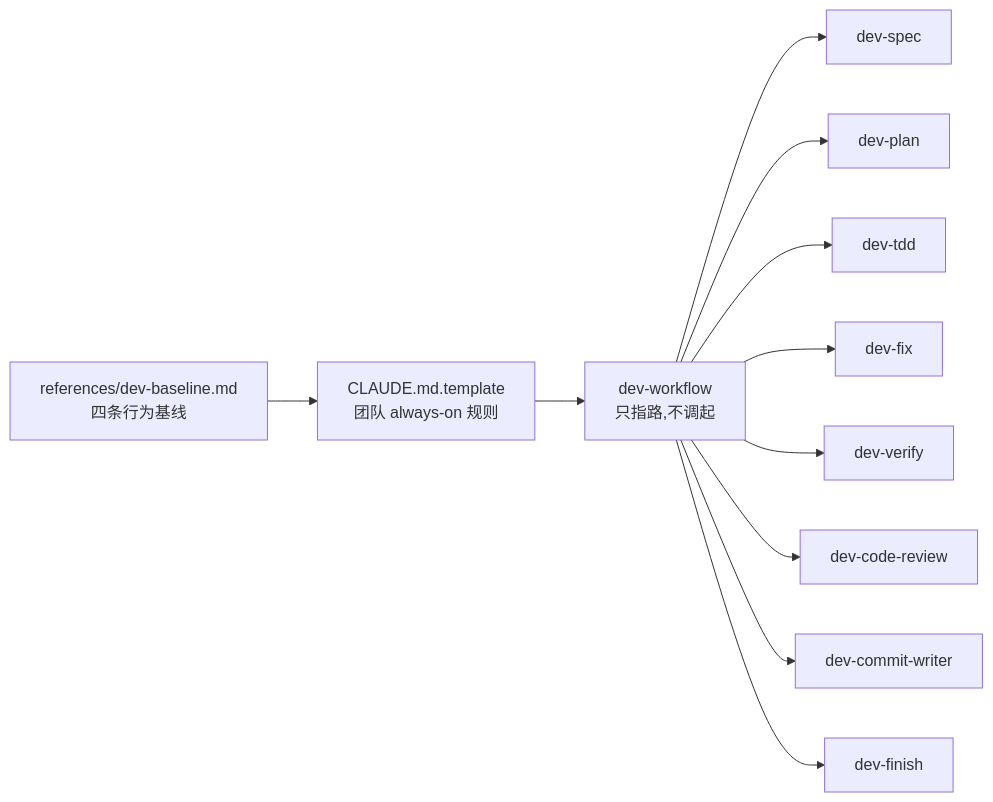
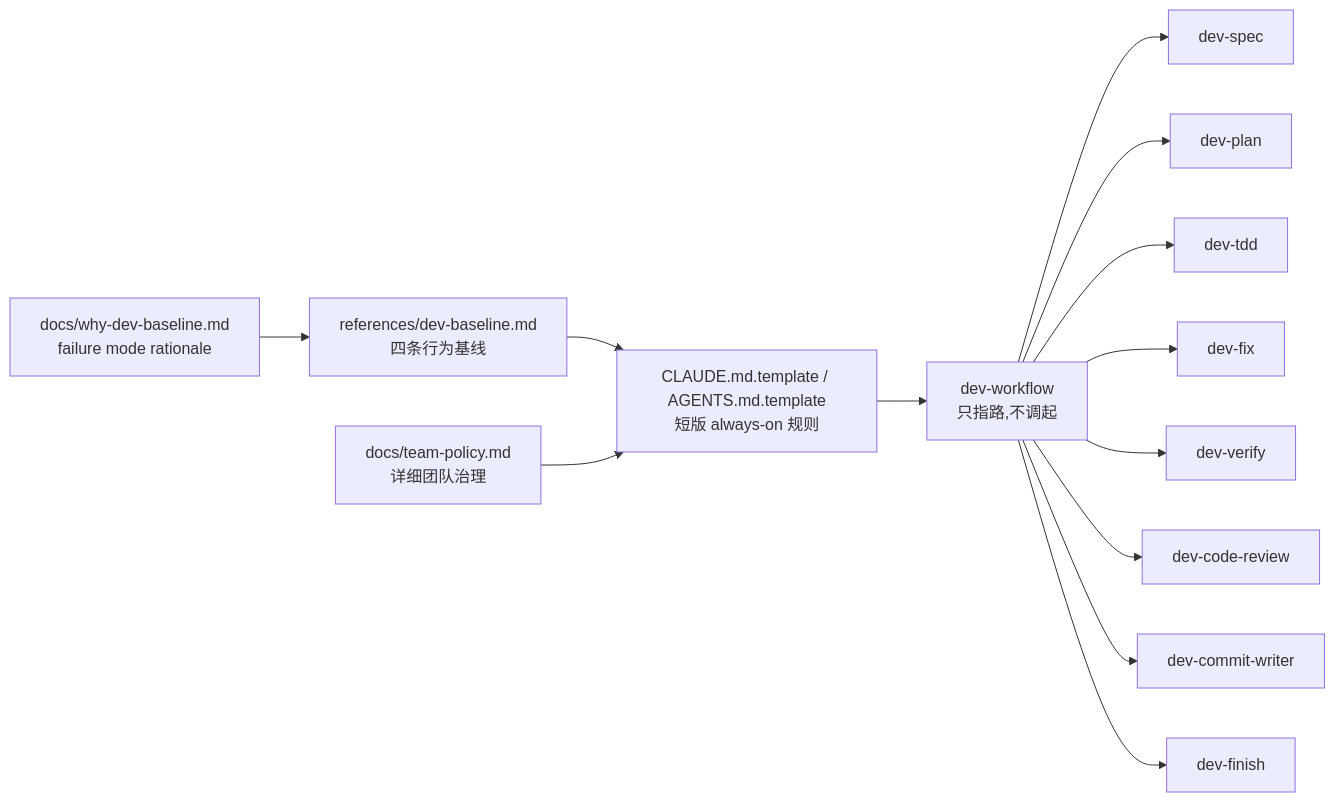
One commit to Jason-chen-coder/dev-skills changed the first of 2 diagrams in README.md. Above: the diagram before and after it, drawn with Mermaid. The commit also changed other lines of this file and 8 other files, not shown here.

````diff
--- a/README.md
+++ b/README.md
@@ -192,17 +202,21 @@
 ```mermaid
 flowchart LR
   Baseline["references/dev-baseline.md<br/>四条行为基线"]
-  Team["CLAUDE.md.template<br/>团队 always-on 规则"]
+  Why["docs/why-dev-baseline.md<br/>failure mode rationale"]
+  Policy["docs/team-policy.md<br/>详细团队治理"]
+  Team["CLAUDE.md.template / AGENTS.md.template<br/>短版 always-on 规则"]
   Workflow["dev-workflow<br/>只指路,不调起"]
 
+  Why --> Baseline
   Baseline --> Team
+  Policy --> Team
   Team --> Workflow
   Workflow --> Spec["dev-spec"]
   Workflow --> Plan["dev-plan"]
   Workflow --> TDD["dev-tdd"]
   Workflow --> Fix["dev-fix"]
   Workflow --> Verify["dev-verify"]
   Workflow --> Review["dev-code-review"]
   Workflow --> Commit["dev-commit-writer"]
   Workflow --> Finish["dev-finish"]
 ```
````
